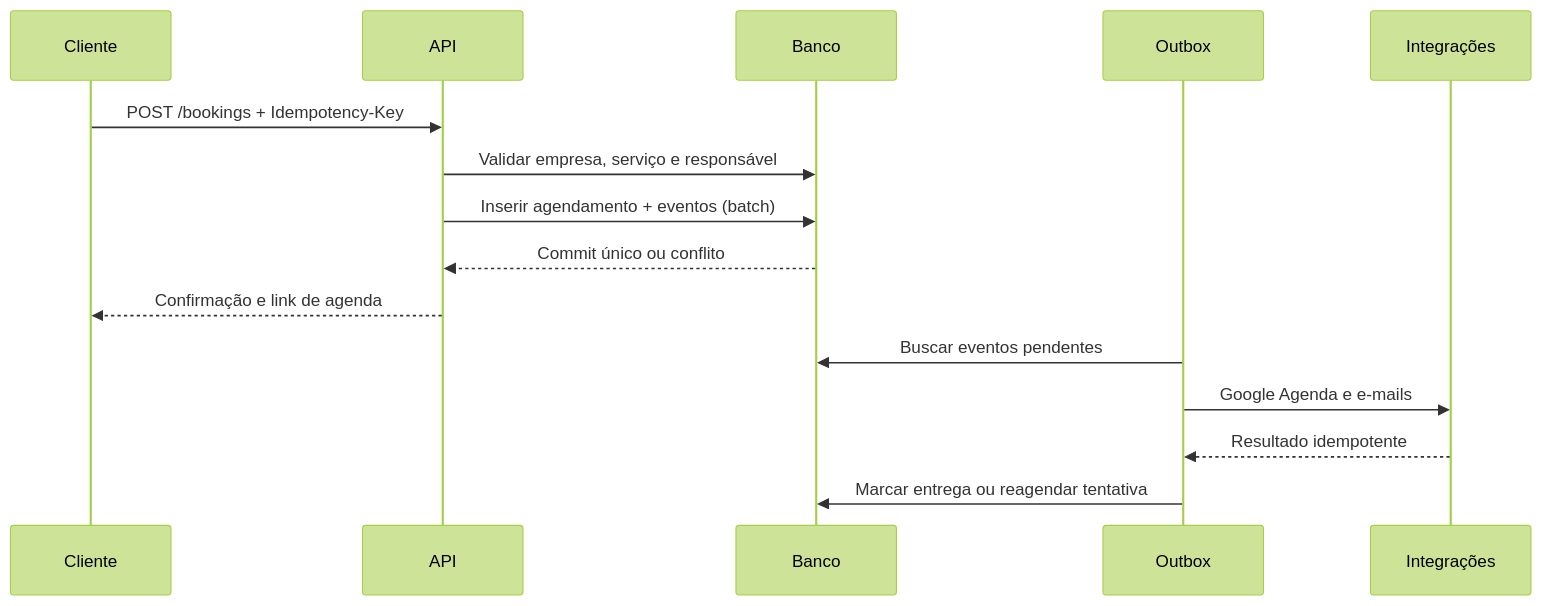
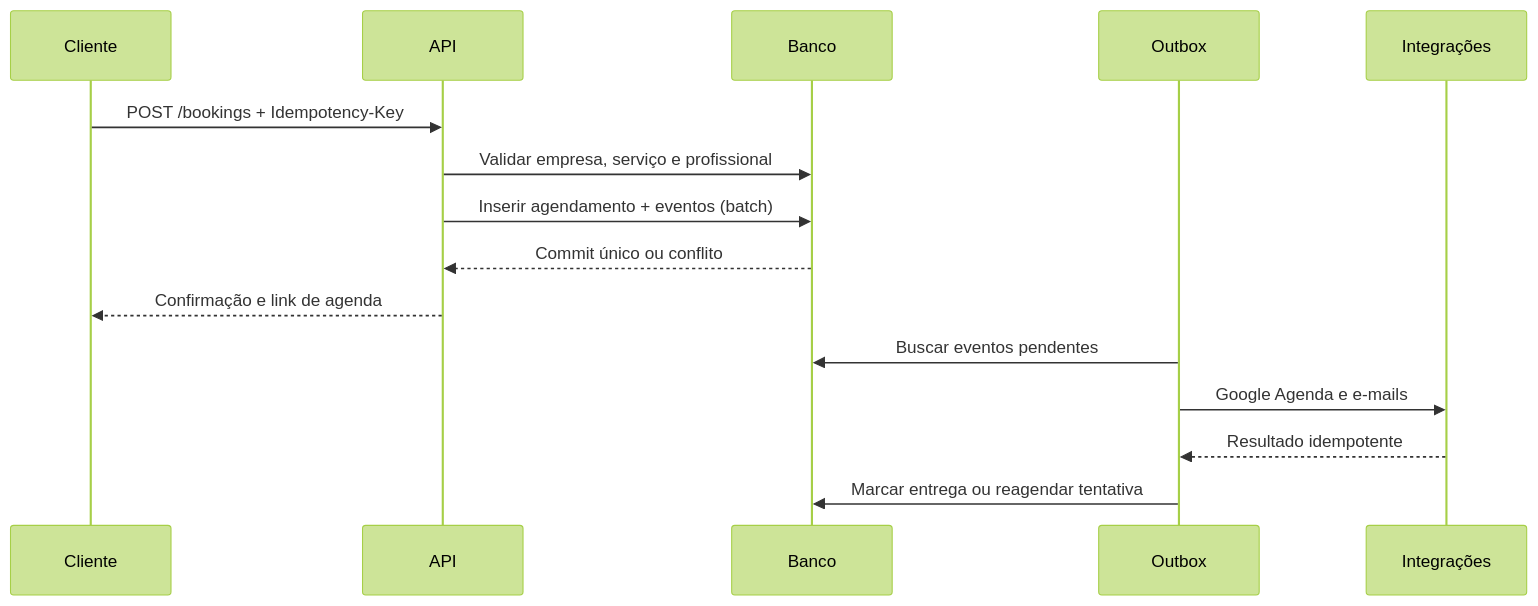
The second of 2 diagrams in docs/ARCHITECTURE.md (zemariocorrea/agenda-livre), drawn with Mermaid (forest theme) before and after one commit. The commit also changed other lines of this file and 79 other files, not shown here.

````diff
--- a/docs/ARCHITECTURE.md
+++ b/docs/ARCHITECTURE.md
@@ -36,18 +51,18 @@
 ```mermaid
 sequenceDiagram
     participant C as Cliente
     participant A as API
     participant D as Banco
     participant O as Outbox
     participant I as Integrações
 
     C->>A: POST /bookings + Idempotency-Key
-    A->>D: Validar empresa, serviço e responsável
+    A->>D: Validar empresa, serviço e profissional
     A->>D: Inserir agendamento + eventos (batch)
     D-->>A: Commit único ou conflito
     A-->>C: Confirmação e link de agenda
     O->>D: Buscar eventos pendentes
     O->>I: Google Agenda e e-mails
     I-->>O: Resultado idempotente
     O->>D: Marcar entrega ou reagendar tentativa
 ```
````
